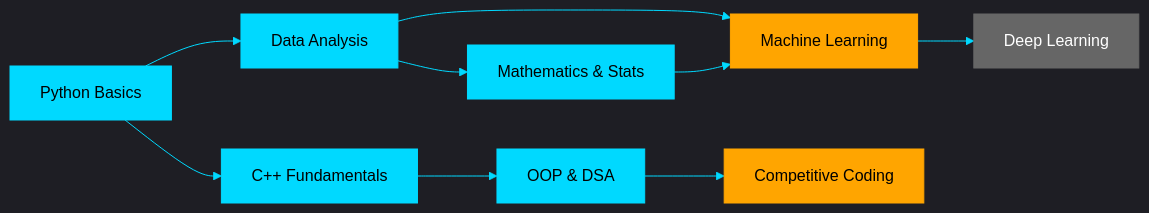
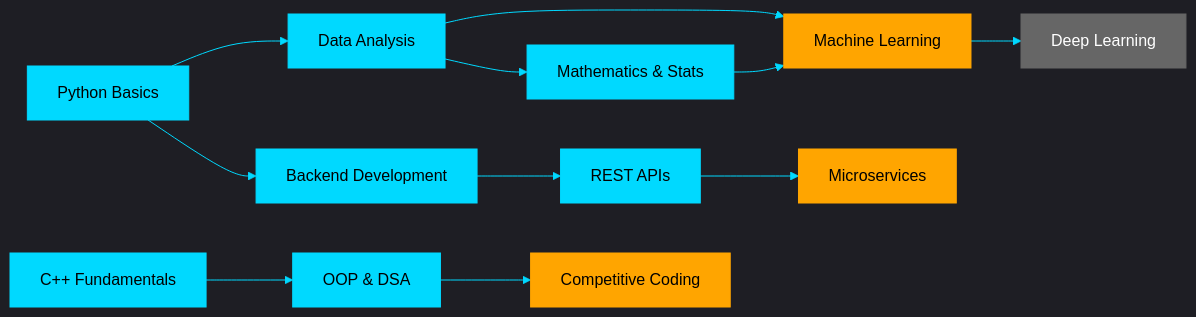
One commit to kentarotaro/kentarotaro changed the diagram in README.md. Above: the diagram before and after it, drawn with Mermaid. The commit also changed other lines of this file, not shown here.

````diff
--- a/README.md
+++ b/README.md
@@ -248,23 +249,29 @@
 ```mermaid
 %%{init: {'theme':'dark','themeVariables': {'primaryColor':'#00D9FF','primaryTextColor':'#fff','primaryBorderColor':'#00D9FF','lineColor':'#00D9FF','secondaryColor':'#006100','tertiaryColor':'#fff'}}}%%
 graph LR
     A[Python Basics] --> B[Data Analysis]
     B --> C[Machine Learning]
     C --> D[Deep Learning]
     
-    A --> E[C++ Fundamentals]
-    E --> F[OOP & DSA]
-    F --> G[Competitive Coding]
+    A --> E[Backend Development]
+    E --> F[REST APIs]
+    F --> G[Microservices]
     
-    B --> H[Mathematics & Stats]
-    H --> C
+    H[C++ Fundamentals] --> I[OOP & DSA]
+    I --> J[Competitive Coding]
+    
+    B --> K[Mathematics & Stats]
+    K --> C
     
     style A fill:#00D9FF,stroke:#00D9FF,color:#000
     style B fill:#00D9FF,stroke:#00D9FF,color:#000
     style C fill:#FFA500,stroke:#FFA500,color:#000
     style D fill:#666,stroke:#666,color:#fff
     style E fill:#00D9FF,stroke:#00D9FF,color:#000
     style F fill:#00D9FF,stroke:#00D9FF,color:#000
     style G fill:#FFA500,stroke:#FFA500,color:#000
     style H fill:#00D9FF,stroke:#00D9FF,color:#000
+    style I fill:#00D9FF,stroke:#00D9FF,color:#000
+    style J fill:#FFA500,stroke:#FFA500,color:#000
+    style K fill:#00D9FF,stroke:#00D9FF,color:#000
 ```
````
